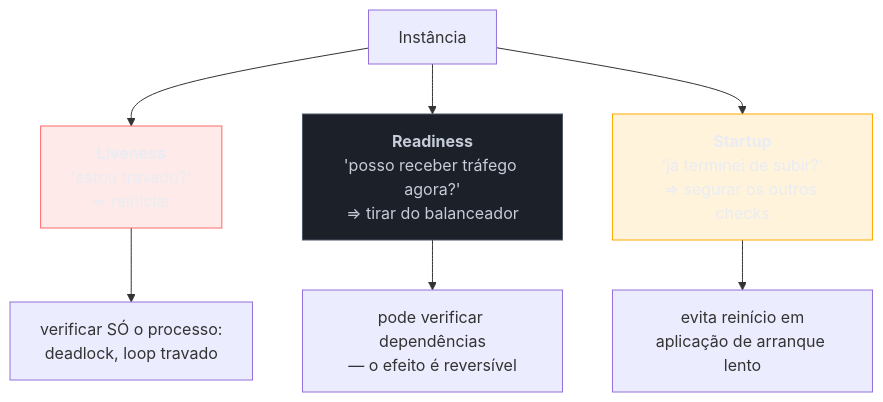
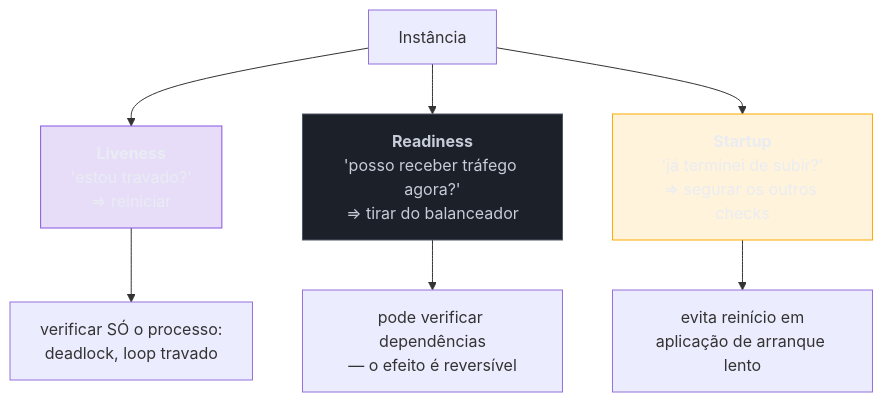
Before and after one commit to josenaldo/codex-technomanticus: the diagram in 03-Dominios/Engenharia/Design de Software/Padrões de Projeto/Nuvem e Resiliência/09 - Health Endpoint Monitoring.md, drawn with Mermaid. The commit also changed 601 other files, not shown here.

````diff
--- a/03-Dominios/Engenharia/Design de Software/Padrões de Projeto/Nuvem e Resiliência/09 - Health Endpoint Monitoring.md
+++ b/03-Dominios/Engenharia/Design de Software/Padrões de Projeto/Nuvem e Resiliência/09 - Health Endpoint Monitoring.md
@@ -44,17 +44,17 @@
 ```mermaid
 graph TD
-    classDef falha fill:#FF6B6B24,stroke:#FF6B6B,color:#E9ECF2
+    classDef marca fill:#8855DF33,stroke:#8855DF,color:#E9ECF2
     classDef neutro fill:#1B2029,stroke:#4E5666,color:#C6CCD8
     classDef destaque fill:#FFAA0024,stroke:#FFAA00,color:#E9ECF2
     S["Instância"] --> L["<b>Liveness</b><br/>'estou travado?'<br/>⇒ reiniciar"]
     S --> R["<b>Readiness</b><br/>'posso receber tráfego agora?'<br/>⇒ tirar do balanceador"]
     S --> ST["<b>Startup</b><br/>'já terminei de subir?'<br/>⇒ segurar os outros checks"]
 
     L --> LN["verificar SÓ o processo:<br/>deadlock, loop travado"]
     R --> RN["pode verificar dependências<br/>— o efeito é reversível"]
     ST --> SN["evita reinício em<br/>aplicação de arranque lento"]
 
-    class L falha
+    class L marca
     class R neutro
     class ST destaque
 ```
````
